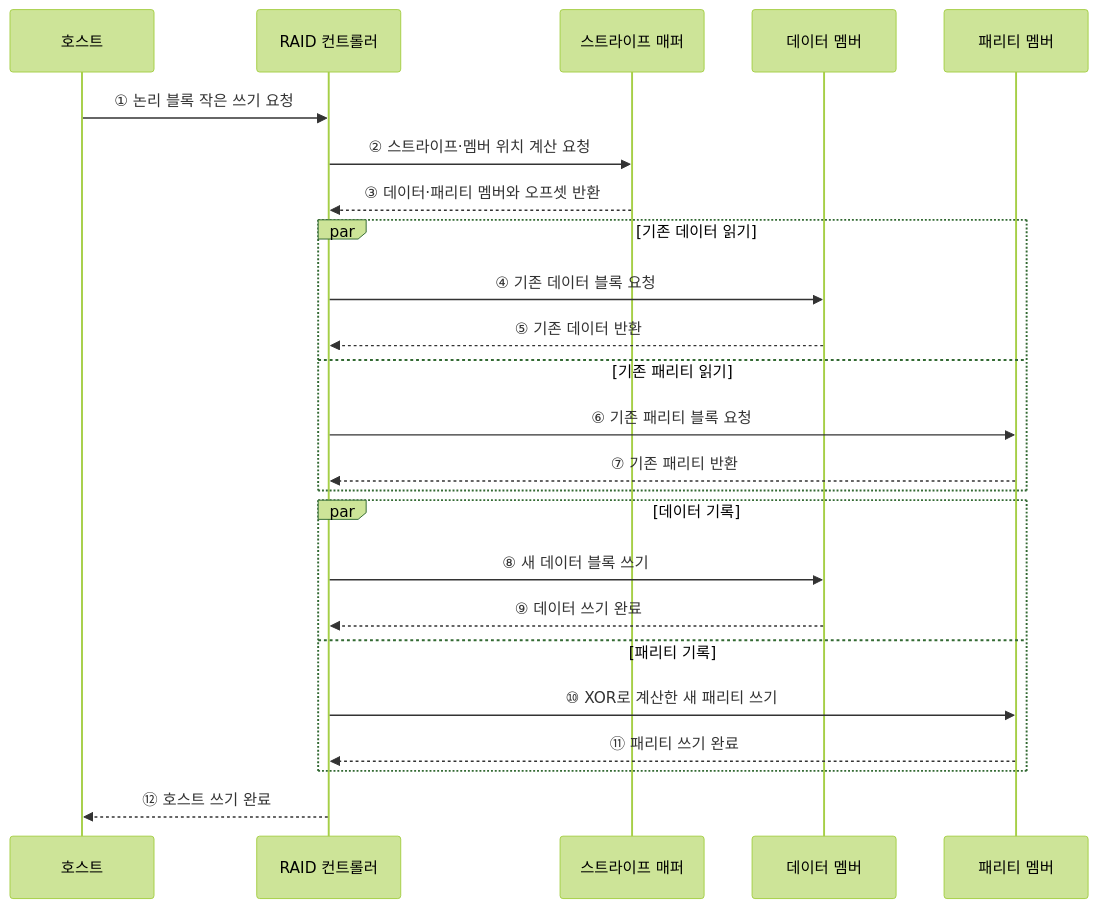
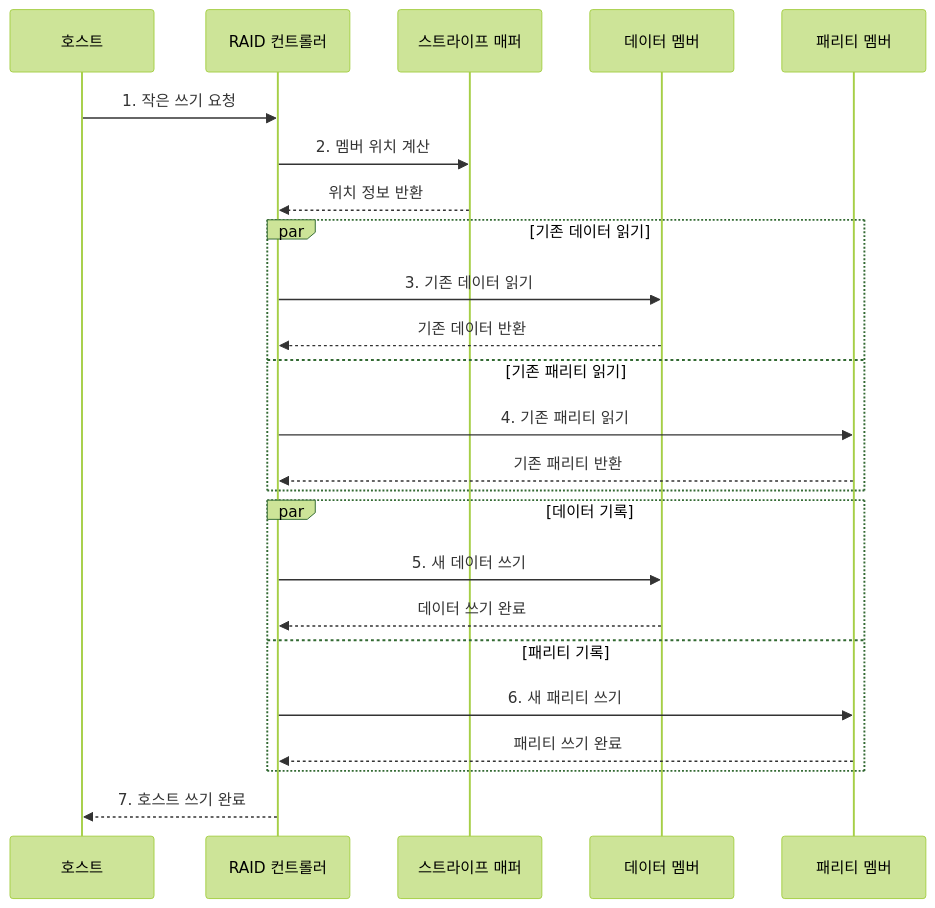
One commit to agnusdei1207/knowledge-base changed the second of 2 diagrams in src/content/docs/notes/02-hardware/032_raid_levels.md. Above: the diagram before and after it, drawn with Mermaid (forest theme). The commit also changed other lines of this file and 20 other files, not shown here.

````diff
--- a/src/content/docs/notes/02-hardware/032_raid_levels.md
+++ b/src/content/docs/notes/02-hardware/032_raid_levels.md
@@ -91,27 +96,27 @@
 ```mermaid
 sequenceDiagram
     participant H as 호스트
     participant C as RAID 컨트롤러
     participant M as 스트라이프 매퍼
     participant D as 데이터 멤버
     participant P as 패리티 멤버
 
-    H->>C: ① 논리 블록 작은 쓰기 요청
-    C->>M: ② 스트라이프·멤버 위치 계산 요청
-    M-->>C: ③ 데이터·패리티 멤버와 오프셋 반환
+    H->>C: 1. 작은 쓰기 요청
+    C->>M: 2. 멤버 위치 계산
+    M-->>C: 위치 정보 반환
     par 기존 데이터 읽기
-        C->>D: ④ 기존 데이터 블록 요청
-        D-->>C: ⑤ 기존 데이터 반환
+        C->>D: 3. 기존 데이터 읽기
+        D-->>C: 기존 데이터 반환
     and 기존 패리티 읽기
-        C->>P: ⑥ 기존 패리티 블록 요청
-        P-->>C: ⑦ 기존 패리티 반환
+        C->>P: 4. 기존 패리티 읽기
+        P-->>C: 기존 패리티 반환
     end
     par 데이터 기록
-        C->>D: ⑧ 새 데이터 블록 쓰기
-        D-->>C: ⑨ 데이터 쓰기 완료
+        C->>D: 5. 새 데이터 쓰기
+        D-->>C: 데이터 쓰기 완료
     and 패리티 기록
-        C->>P: ⑩ XOR로 계산한 새 패리티 쓰기
-        P-->>C: ⑪ 패리티 쓰기 완료
+        C->>P: 6. 새 패리티 쓰기
+        P-->>C: 패리티 쓰기 완료
     end
-    C-->>H: ⑫ 호스트 쓰기 완료
+    C-->>H: 7. 호스트 쓰기 완료
 ```
````
